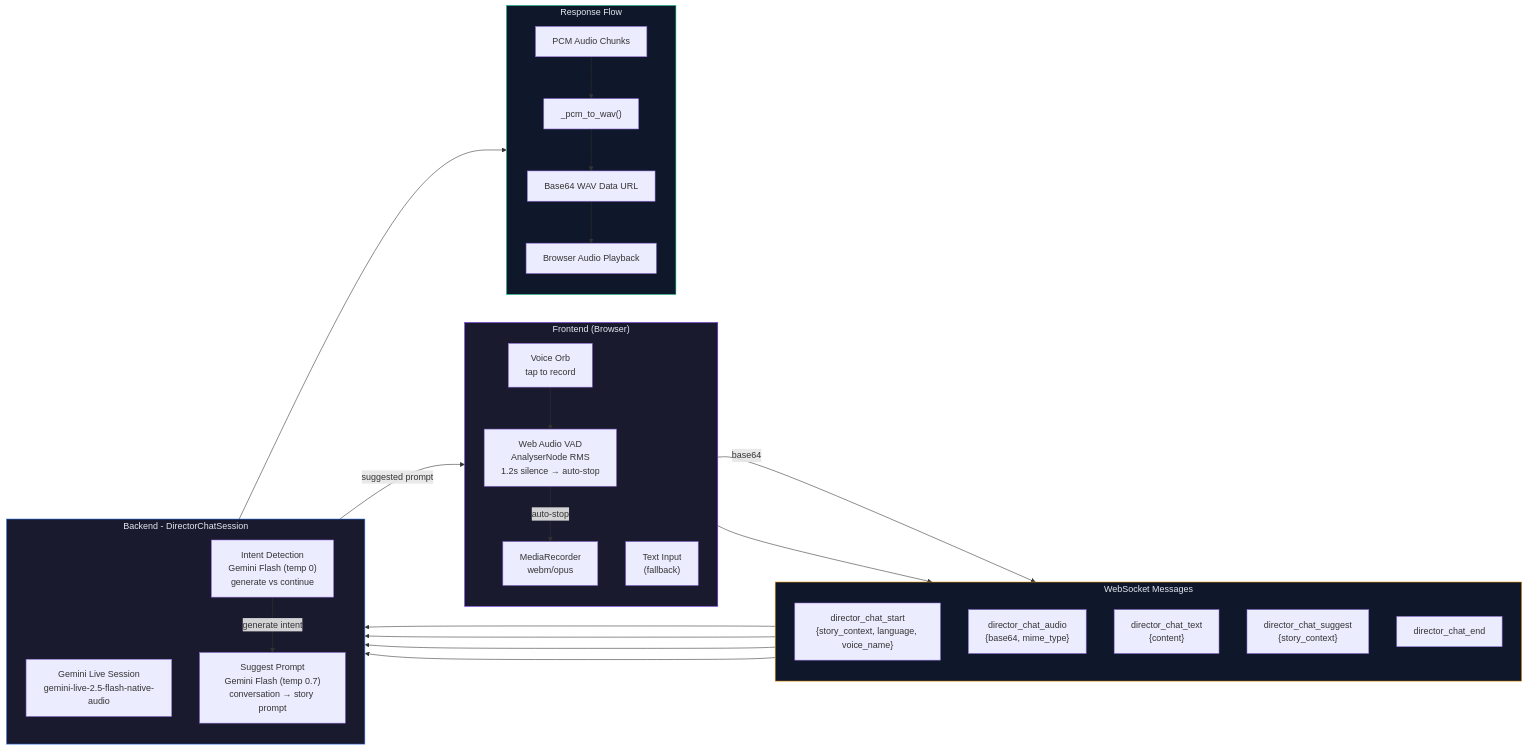
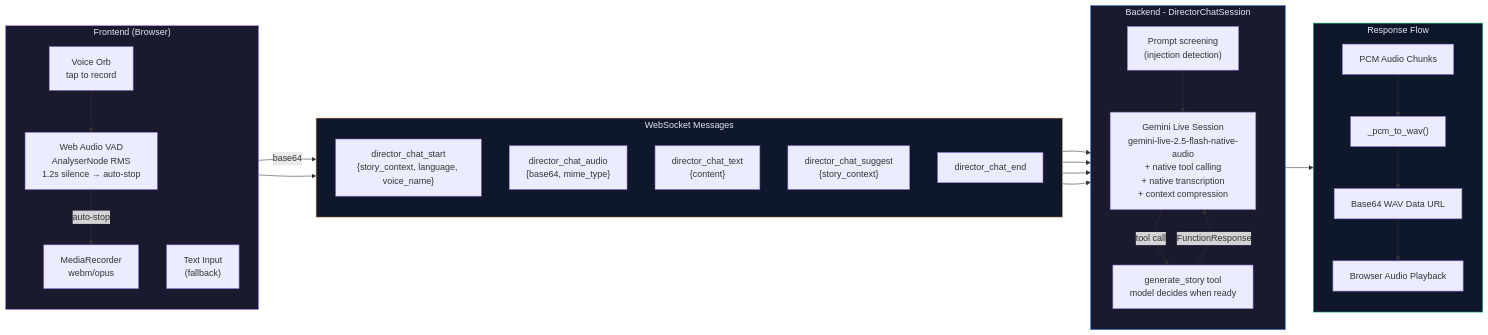
Before and after one commit to Dileep2896/reveria: the eighth of 8 diagrams in README.md, drawn with Mermaid. The commit also changed other lines of this file and 68 other files, not shown here.

````diff
--- a/README.md
+++ b/README.md
@@ -579,50 +594,51 @@
 ```mermaid
 flowchart LR
     subgraph Client["Frontend (Browser)"]
         direction TB
         Orb["Voice Orb<br/>tap to record"]
         VAD["Web Audio VAD<br/>AnalyserNode RMS<br/>1.2s silence → auto-stop"]
         Recorder["MediaRecorder<br/>webm/opus"]
         TextInput2["Text Input<br/>(fallback)"]
         Orb --> VAD
         VAD -->|"auto-stop"| Recorder
     end
 
     subgraph WS["WebSocket Messages"]
         direction TB
         Start["director_chat_start<br/>{story_context, language, voice_name}"]
         Audio["director_chat_audio<br/>{base64, mime_type}"]
         Text["director_chat_text<br/>{content}"]
         Suggest["director_chat_suggest<br/>{story_context}"]
         End["director_chat_end"]
     end
 
     subgraph Backend["Backend - DirectorChatSession"]
         direction TB
-        Session["Gemini Live Session<br/>gemini-live-2.5-flash-native-audio"]
-        Intent["Intent Detection<br/>Gemini Flash (temp 0)<br/>generate vs continue"]
-        PromptGen["Suggest Prompt<br/>Gemini Flash (temp 0.7)<br/>conversation → story prompt"]
+        Session["Gemini Live Session<br/>gemini-live-2.5-flash-native-audio<br/>+ native tool calling<br/>+ native transcription<br/>+ context compression"]
+        Tool["generate_story tool<br/>model decides when ready"]
+        Screen["Prompt screening<br/>(injection detection)"]
     end
 
     subgraph Response["Response Flow"]
         direction TB
         PCM["PCM Audio Chunks"] --> WAV["_pcm_to_wav()"]
         WAV --> DataURL["Base64 WAV Data URL"]
         DataURL --> Playback["Browser Audio Playback"]
     end
 
     Recorder -->|"base64"| Audio
     TextInput2 --> Text
     Start --> Session
-    Audio --> Session
+    Audio --> Screen
+    Screen --> Session
     Text --> Session
     Session --> PCM
-    Suggest --> PromptGen
-    PromptGen -->|"suggested prompt"| Client
-    Intent -->|"generate intent"| PromptGen
+    Session -->|"tool call"| Tool
+    Tool -->|"FunctionResponse"| Session
+    Suggest --> Session
 
-    style Client fill:#1a1a2e,stroke:#7c3aed,color:#e2e8f0
-    style WS fill:#0f172a,stroke:#f59e0b,color:#e2e8f0
+    style Client fill:#1a1a2e,stroke:#b48cff,color:#e2e8f0
+    style WS fill:#0f172a,stroke:#ffa86c,color:#e2e8f0
     style Backend fill:#1a1a2e,stroke:#3b82f6,color:#e2e8f0
     style Response fill:#0f172a,stroke:#10b981,color:#e2e8f0
 ```
````
